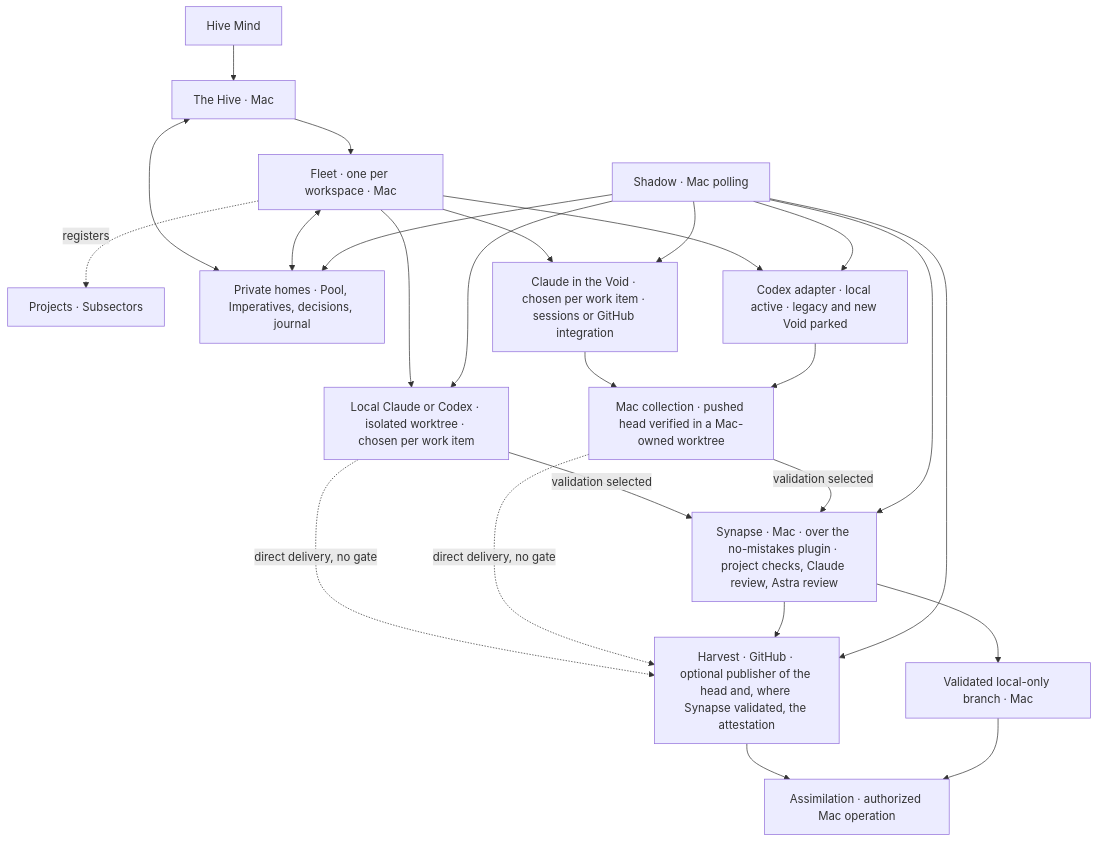
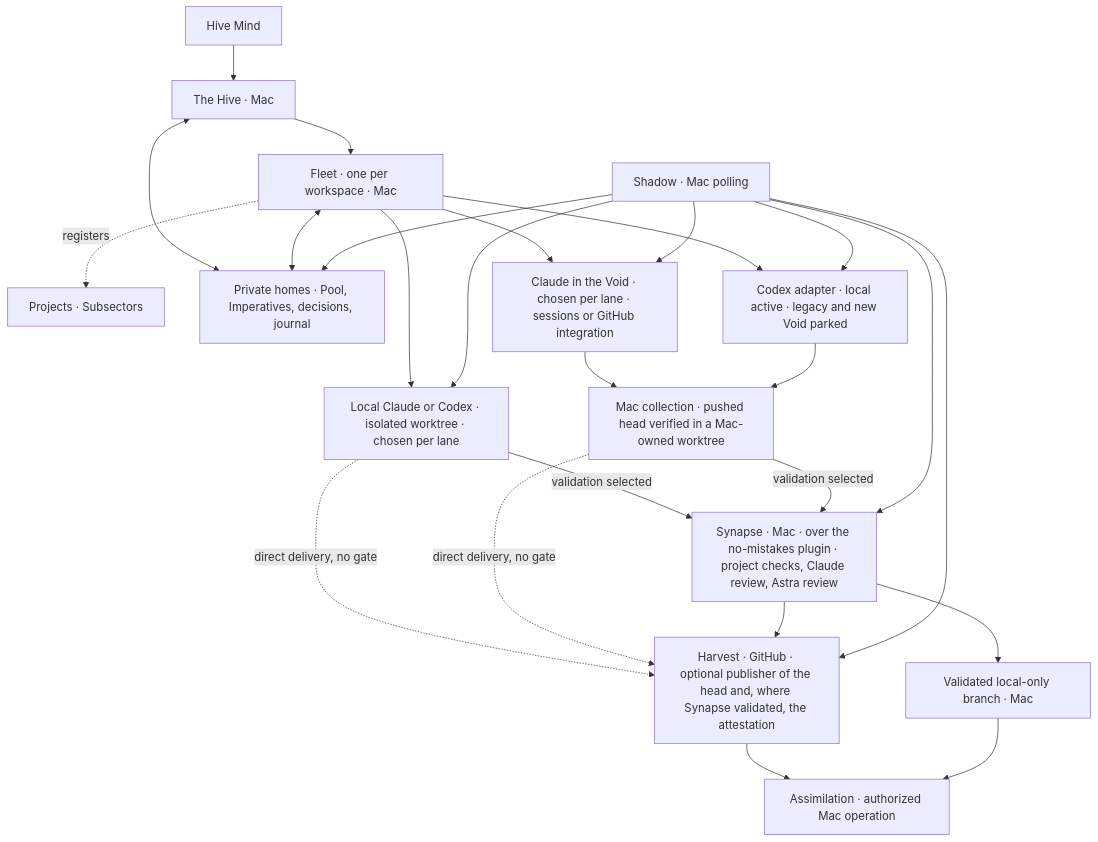
The diagram in docs/design.md (kesk-git/hive), drawn with Mermaid before and after one commit. The commit also changed other lines of this file, not shown here.

First line of the commit message:
docs(design): carry the agreed workflow into the design with job, work item and lane

````diff
--- a/docs/design.md
+++ b/docs/design.md
@@ -44,27 +58,27 @@
 ```mermaid
 flowchart TD
     Mind[Hive Mind] --> Hive[The Hive · Mac]
     Hive --> Fleet[Fleet · one per workspace · Mac]
     Fleet -. registers .-> Projects[Projects · Subsectors]
     Hive <--> Private[Private homes · Pool, Imperatives, decisions, journal]
     Fleet <--> Private
-    Fleet --> Local[Local Claude or Codex · isolated worktree · chosen per work item]
-    Fleet --> Claude[Claude in the Void · chosen per work item · sessions or GitHub integration]
+    Fleet --> Local[Local Claude or Codex · isolated worktree · chosen per lane]
+    Fleet --> Claude[Claude in the Void · chosen per lane · sessions or GitHub integration]
     Fleet --> Codex[Codex adapter · local active · legacy and new Void parked]
     Local -- validation selected --> Synapse[Synapse · Mac · over the no-mistakes plugin · project checks, Claude review, Astra review]
     Claude --> Collection[Mac collection · pushed head verified in a Mac-owned worktree]
     Codex --> Collection
     Collection -- validation selected --> Synapse
     Local -. direct delivery, no gate .-> Harvest
     Collection -. direct delivery, no gate .-> Harvest
     Synapse --> Harvest[Harvest · GitHub · optional publisher of the head and, where Synapse validated, the attestation]
     Synapse --> Branch[Validated local-only branch · Mac]
     Harvest --> Assimilation[Assimilation · authorized Mac operation]
     Branch --> Assimilation
     Shadow[Shadow · Mac polling] --> Private
     Shadow --> Local
     Shadow --> Claude
     Shadow --> Codex
     Shadow --> Synapse
     Shadow --> Harvest
 ```
````
